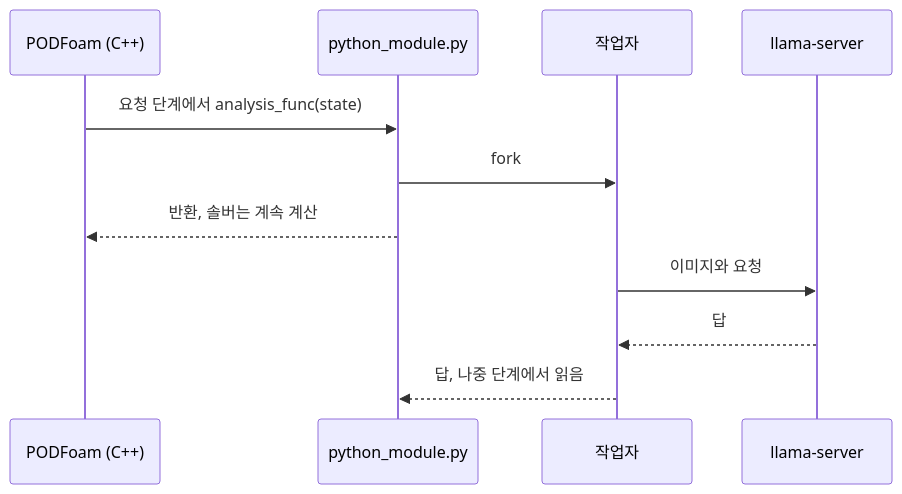
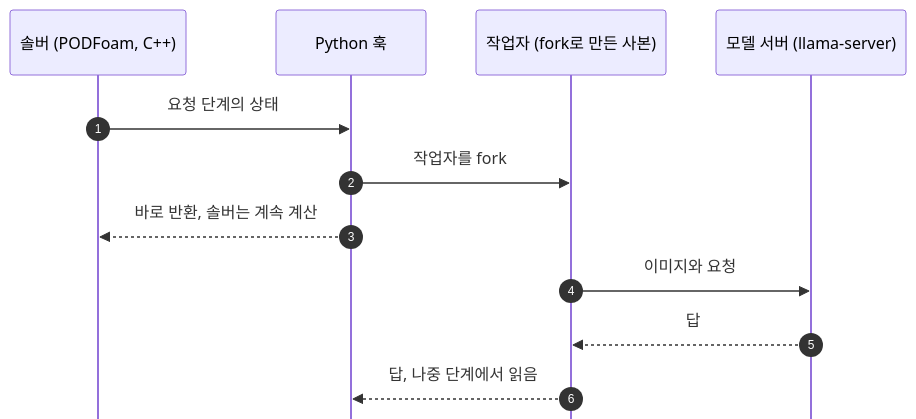
The diagram in README.md (seungminyome/PythonFOAM-Korean), drawn with Mermaid before and after one commit. The commit also changed other lines of this file, not shown here.

Commit message:
README: How-it-works diagram numbered 1-6, one row of boxes, plainer names
The text above the diagram says it shows one request in the asynchronous mode, that time
runs from top to bottom, what solid and dashed arrows mean, and that the solver does not
wait at step 3. The text below adds the synchronous default: the solver waits until a
deadline of 120 s by default.

````diff
--- a/README.md
+++ b/README.md
@@ -52,13 +52,15 @@
 ```mermaid
+%%{init: {"sequence": {"mirrorActors": false}}}%%
 sequenceDiagram
-    participant S as PODFoam (C++)
-    participant P as python_module.py
-    participant W as 작업자
-    participant L as llama-server
-    S->>P: 요청 단계에서 analysis_func(state)
-    P->>W: fork
-    P-->>S: 반환, 솔버는 계속 계산
+    autonumber
+    participant S as 솔버 (PODFoam, C++)
+    participant P as Python 훅
+    participant W as 작업자 (fork로 만든 사본)
+    participant L as 모델 서버 (llama-server)
+    S->>P: 요청 단계의 상태
+    P->>W: 작업자를 fork
+    P-->>S: 바로 반환, 솔버는 계속 계산
     W->>L: 이미지와 요청
     L-->>W: 답
     W-->>P: 답, 나중 단계에서 읽음
 ```
````
